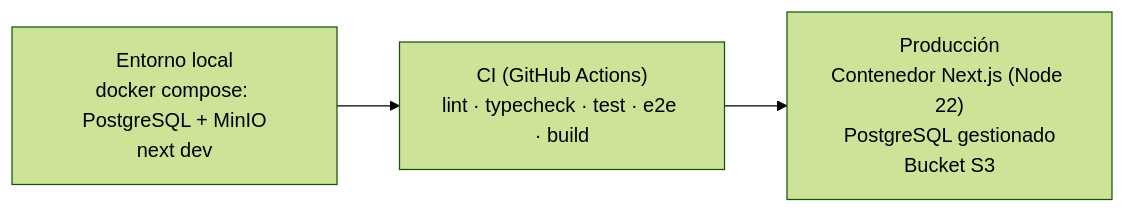
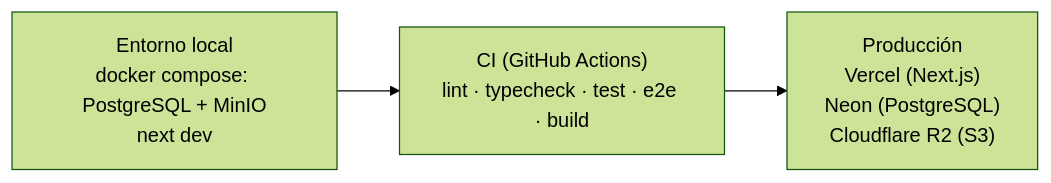
The fifth of 5 diagrams in docs/02-arquitectura.md (Morius2100/ai4devs-finalproject--JRG-), drawn with Mermaid (forest theme) before and after one commit. The commit also changed other lines of this file and 14 other files, not shown here.

First line of the commit message:
Preparar despliegue en Vercel con Neon y Cloudflare R2

````diff
--- a/docs/02-arquitectura.md
+++ b/docs/02-arquitectura.md
@@ -333,5 +333,5 @@
 ```mermaid
 flowchart LR
     Dev["Entorno local<br/>docker compose: PostgreSQL + MinIO<br/>next dev"] --> CI["CI (GitHub Actions)<br/>lint · typecheck · test · e2e · build"]
-    CI --> Prod["Producción<br/>Contenedor Next.js (Node 22)<br/>PostgreSQL gestionado<br/>Bucket S3"]
+    CI --> Prod["Producción<br/>Vercel (Next.js)<br/>Neon (PostgreSQL)<br/>Cloudflare R2 (S3)"]
 ```
````
